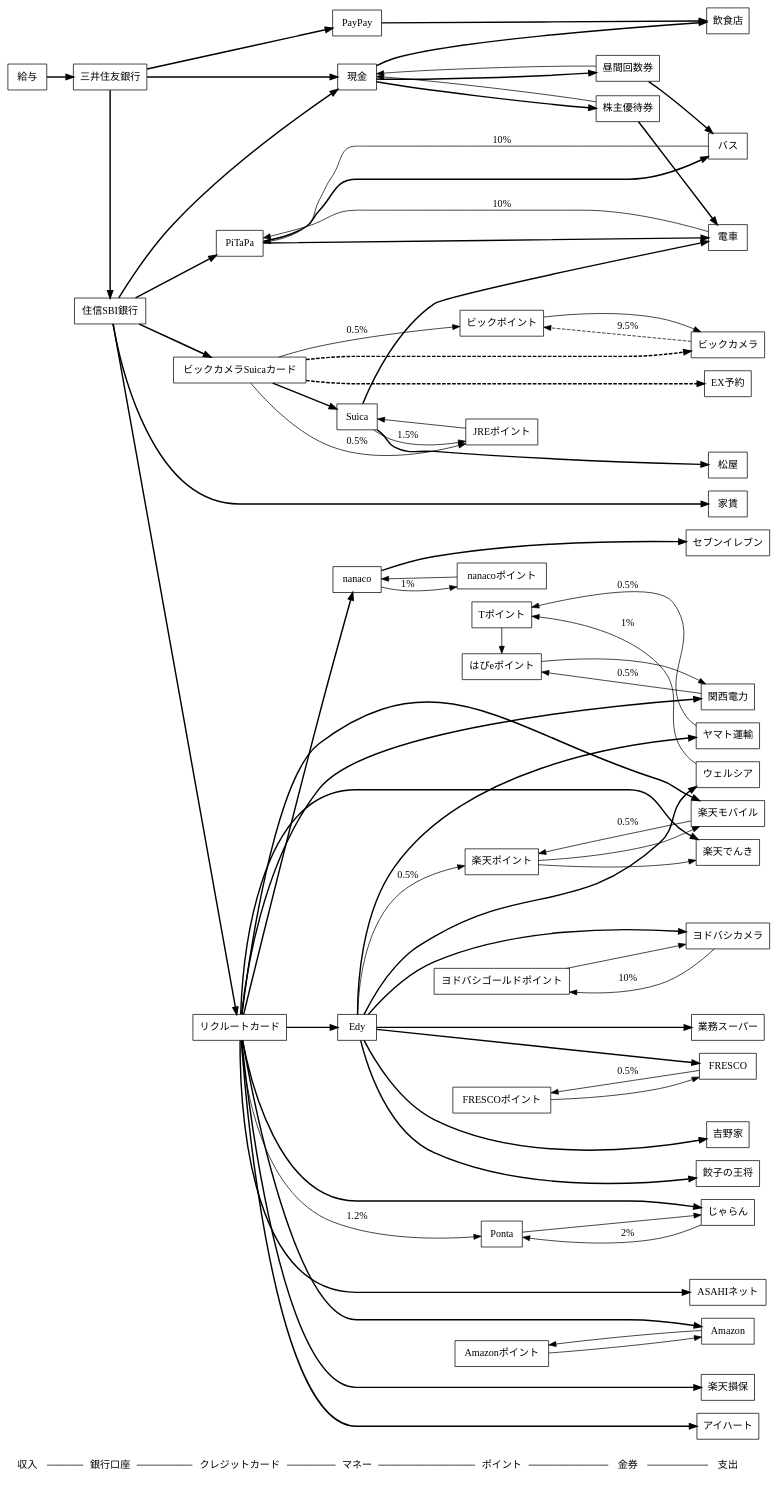
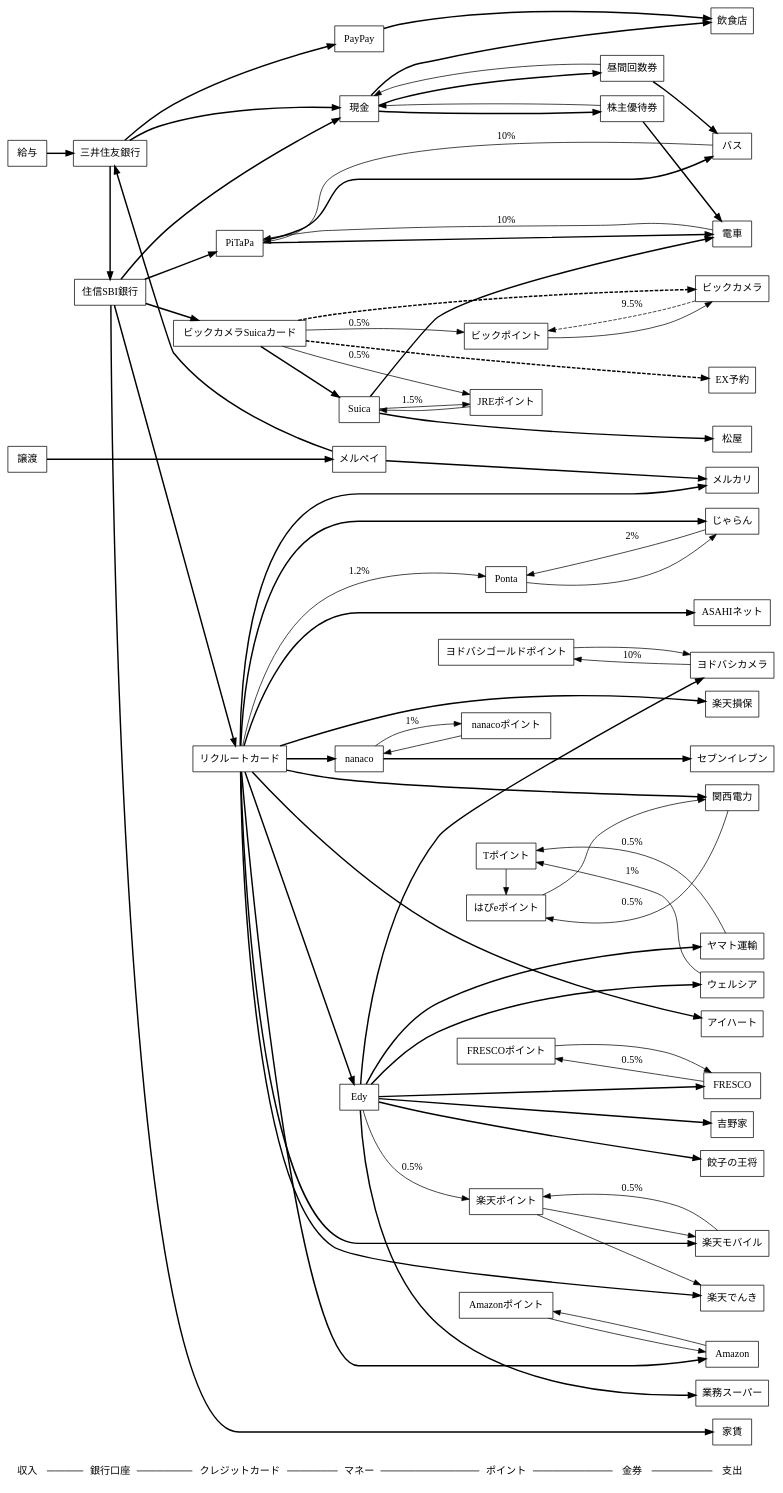
One commit to saireya/moneyflow changed the diagram in moneyflow.dot. Above: the diagram before and after it, drawn with Graphviz. The commit also changed 1 other file, not shown here.

```diff
--- a/moneyflow.dot
+++ b/moneyflow.dot
@@ -1,167 +1,176 @@
 // dot -Tsvg moneyflow.dot -o moneyflow.svg
 // edge: bold: 支出, solid: 還元(label:還元率), dashed: Obsolete
 digraph "MoneyFlow"
 {
 	graph [ rankdir = LR ];
 	node [ shape = box ];
 
 	"収入", "銀行口座", "クレジットカード", "マネー", "ポイント", "金券", "支出" [shape = none];
 	"収入" -> "銀行口座" -> "クレジットカード" -> "マネー" -> "ポイント" -> "金券" -> "支出" [arrowhead = none];
 	{
 		rank = same; "収入";
 		給与;
+		譲渡;
 	}
 
 	{
 		rank = same; "銀行口座";
 		三井住友銀行;
 		住信SBI銀行;
 	}
 
 	{
 		rank = same; "クレジットカード";
 		ビックカメラSuicaカード;
 		リクルートカード;
 		PiTaPa;
 	}
 
 	{
 		rank = same; "マネー";
 		Suica;
 		現金;
 		nanaco;
 		Edy;
 		PayPay;
+		メルペイ;
 	}
 
 	{
 		rank = same; "ポイント";
 		// 共通ポイント
 		Ponta;
 		Tポイント;
 		楽天ポイント;
 		// クレジットカード関係
 		JREポイント;
 		// 独自ポイント
 		ビックポイント;
 		Amazonポイント;
 		nanacoポイント;
 		FRESCOポイント;
 		ヨドバシゴールドポイント;
 		はぴeポイント;
 	}
 
 	{
 		rank = same; "金券";
 		株主優待券;
 		昼間回数券;
 	}
 
 	{
 		rank = same; "支出";
 		家賃;
 		// コンビニ
 		セブンイレブン;
 		// 交通
 		電車;
 		バス;
 		// インフラ
 		ASAHIネット;
 		楽天モバイル;
 		楽天でんき;
 		関西電力;
 		ヤマト運輸;
 		楽天損保;
 		// 店舗
 		アイハート;
 		ウェルシア;
 		ビックカメラ;
 		ヨドバシカメラ;
 		餃子の王将;
 		飲食店;
 		FRESCO;
 		業務スーパー;
 		松屋;
 		吉野家;
 		// ネット
 		Amazon;
 		EX予約;
 		じゃらん;
+		メルカリ;
 	}
 
 	// SMBC
 	給与 -> 三井住友銀行 [style="bold", weight=100];
 	三井住友銀行 -> 現金, 住信SBI銀行 [style="bold", weight=100];
 	三井住友銀行 -> PayPay [style="bold", weight=100];
 	PayPay -> 飲食店 [style="bold", weight=100];
 
 	// ビックカメラSuicaカード
 	ビックカメラSuicaカード -> JREポイント [label="0.5%"];
 	ビックカメラSuicaカード -> ビックカメラ [style="bold,dashed", weight=100];
 	ビックカメラ -> ビックポイント [style="dashed", label="9.5%"];
 	ビックカメラSuicaカード -> ビックポイント [label="0.5%"]
 	ビックポイント -> ビックカメラ;
 	ビックカメラSuicaカード -> Suica -> 電車 [style="bold", weight=100];
 	Suica -> 松屋 [style="bold", weight=100];
 	ビックカメラSuicaカード -> EX予約 [style="bold,dashed", weight=100];
 	Suica -> JREポイント [label="1.5%"];
 	JREポイント -> Suica;
 
 	// 住信SBI
 	住信SBI銀行 -> 現金 [style="bold", weight=100];
 	住信SBI銀行 -> 家賃 [style="bold", weight=100];
 	住信SBI銀行 -> ビックカメラSuicaカード, リクルートカード, PiTaPa [style="bold", weight=100];
 
 	// リクルートカード
 	リクルートカード -> ASAHIネット [style="bold", weight=100];
 	リクルートカード -> Amazon [style="bold", weight=100];
 	リクルートカード -> じゃらん [style="bold", weight=100];
 	リクルートカード -> アイハート [style="bold", weight=100];
 	リクルートカード -> 関西電力 [style="bold", weight=100];
 	関西電力 -> はぴeポイント [label="0.5%"];
 	はぴeポイント -> 関西電力;
 	リクルートカード -> 楽天でんき [style="bold", weight=100];
 	リクルートカード -> 楽天損保 [style="bold", weight=100];
 	リクルートカード -> 楽天モバイル [style="bold", weight=100];
 	楽天モバイル -> 楽天ポイント [label="0.5%"];
 	楽天ポイント -> 楽天モバイル, 楽天でんき;
 	リクルートカード -> Edy [style="bold", weight=100];
 	Edy -> ヤマト運輸 [style="bold", weight=100];
 	ヤマト運輸 -> Tポイント [label="0.5%"];
 	Edy -> ヨドバシカメラ [style="bold", weight=100];
 	ヨドバシカメラ -> ヨドバシゴールドポイント [label="10%"];
 	ヨドバシゴールドポイント -> ヨドバシカメラ;
 	Edy -> ウェルシア [style="bold", weight=100];
 	ウェルシア -> Tポイント [label="1%"];
 	Tポイント -> はぴeポイント;
 	Edy -> 吉野家 [style="bold", weight=100];
 	Edy -> 楽天ポイント [label="0.5%"];
 	リクルートカード -> Ponta [label="1.2%"];
 	Ponta -> じゃらん;
 	じゃらん -> Ponta [label="2%"];
 	Amazon -> Amazonポイント -> Amazon;
 	リクルートカード -> nanaco [style="bold", weight=100];
 	nanaco -> セブンイレブン [style="bold", weight=100];
 	nanaco -> nanacoポイント [label="1%"];
 	nanacoポイント -> nanaco;
 	Edy -> 業務スーパー [style="bold", weight=100];
 	Edy -> FRESCO [style="bold", weight=100];
 	FRESCO -> FRESCOポイント [label="0.5%"];
 	FRESCOポイント -> FRESCO;
 	Edy -> 餃子の王将 [style="bold", weight=100];
 
 	// PiTaPa
 	PiTaPa -> 電車 [style="bold", weight=100];
 	電車 -> PiTaPa [label="10%"];
 	PiTaPa -> バス [style="bold", weight=100];
 	バス -> PiTaPa [label="10%"];
 
 	// 現金
 	現金 -> 飲食店 [style="bold", weight=100];
 	現金 -> 株主優待券 [style="bold", weight=100];
 	株主優待券 -> 電車 [style="bold", weight=100];
 	株主優待券 -> 現金;
 	現金 -> 昼間回数券 [style="bold", weight=100];
 	昼間回数券 -> 現金;
 	昼間回数券 -> バス [style="bold", weight=100];
-} 
+
+	// 譲渡
+	譲渡 -> メルペイ [style="bold", weight=100];
+	メルペイ -> メルカリ [style="bold", weight=100];
+	メルペイ -> 三井住友銀行 [style="bold", weight=100];
+	リクルートカード -> メルカリ [style="bold", weight=100];
+}
```
